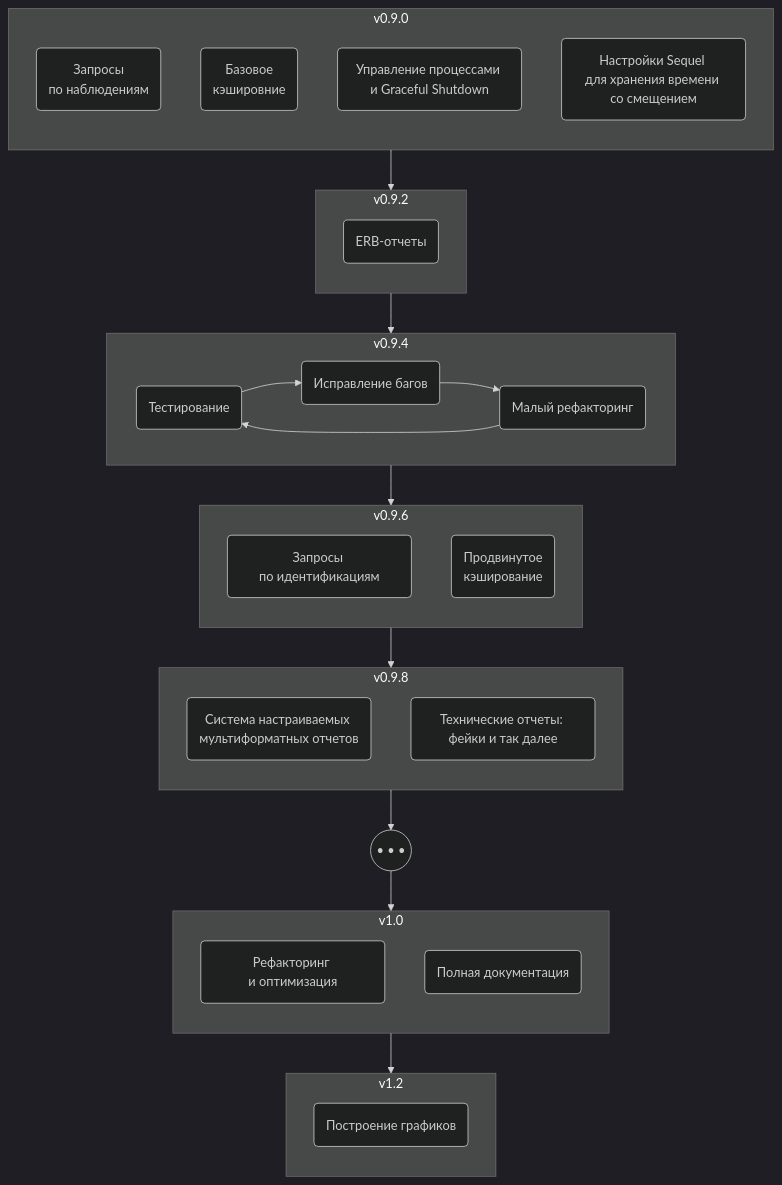
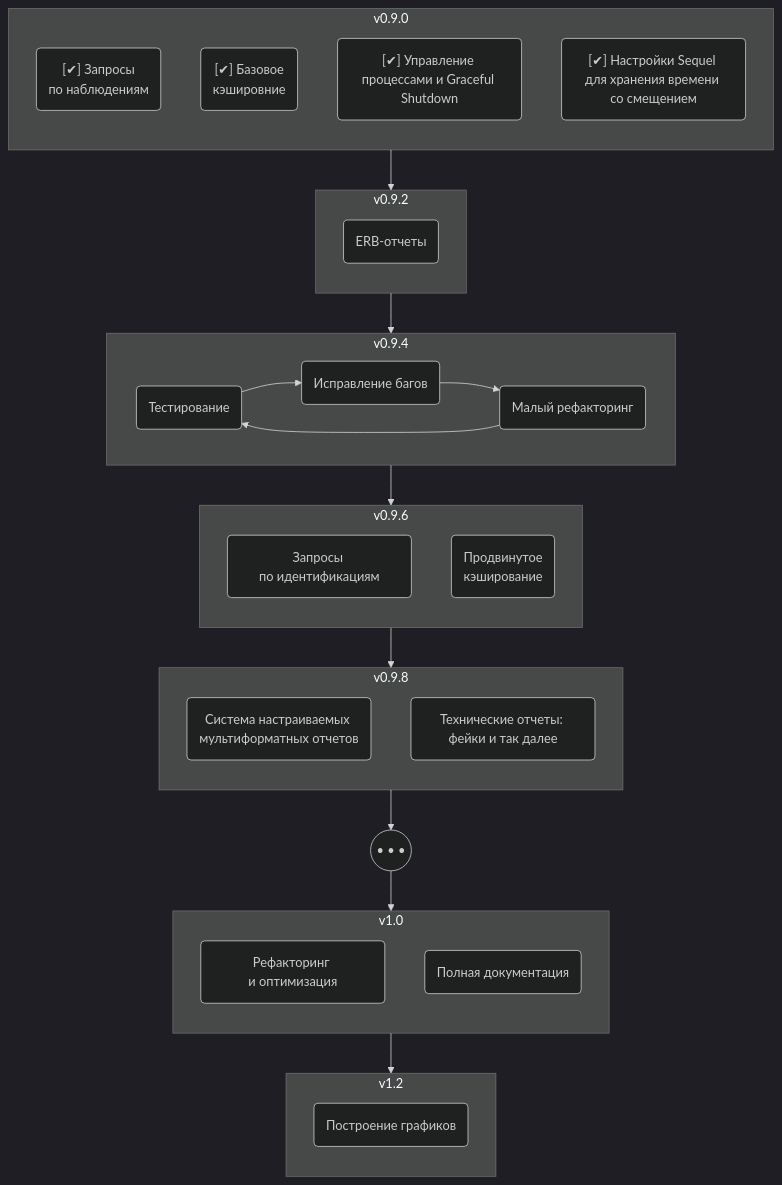
Before and after one commit to inat-get/inat-get: the diagram in share/inat-get/dev-docs/roadmap.md, drawn with Mermaid (dark theme).

Commit message:
minor in roadmap

````diff
--- a/share/inat-get/dev-docs/roadmap.md
+++ b/share/inat-get/dev-docs/roadmap.md
@@ -2,60 +2,60 @@
 ```mermaid
 flowchart TB
 
   subgraph R090 ["v0.9.0"]
     direction TB
-    Observs("Запросы<br>по наблюдениям")
-    Caching("Базовое<br>кэшировние")
-    Shutdown("Управление процессами и Graceful Shutdown")
-    Timing("Настройки Sequel для хранения времени со смещением")
+    Observs("[✔] Запросы<br>по наблюдениям")
+    Caching("[✔] Базовое<br>кэшировние")
+    Shutdown("[✔] Управление процессами и Graceful Shutdown")
+    Timing("[✔] Настройки Sequel для хранения времени со смещением")
   end
 
   subgraph R092 ["v0.9.2"]
     direction TB
     ERB("ERB-отчеты")
   end
 
   subgraph R094 ["v0.9.4"]
     direction LR
     Testing("Тестирование")
     Debugging("Исправление багов")
     Ref1("Малый рефакторинг")
   end
 
   subgraph R096 ["v0.9.6"]
     direction TB
     Idents("Запросы по идентификациям")
     AdvCaching("Продвинутое<br>кэширование")
   end
 
   subgraph R098 ["v0.9.8"]
     direction TB
     Reporting("Система настраиваемых мультиформатных отчетов")
     TechReps("Технические отчеты: фейки и так далее")
   end
 
   Smth(("• • •"))
 
   subgraph R100 ["v1.0"]
     direction TB
     Refactoring("Рефакторинг и оптимизация")
     Documenting("Полная документация")
   end
 
   subgraph R120 ["v1.2"]
     direction TB
     Graphics("Построение графиков")
   end
 
   R090 --> R092
   R092 --> R094
   R094 --> R096
   R096 --> R098
   R098 --> Smth
   Smth --> R100
   R100 --> R120
 
   Testing --> Debugging
   Debugging --> Ref1
   Ref1 --> Testing
 ```
````
